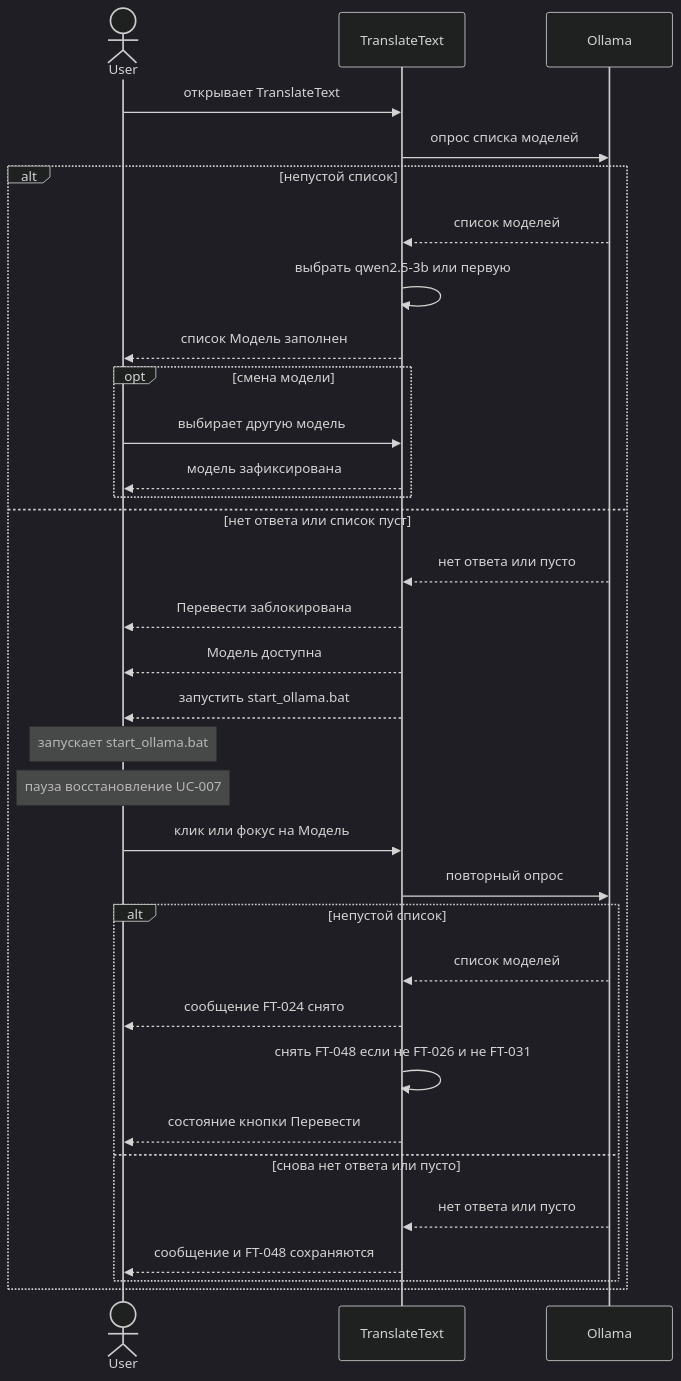
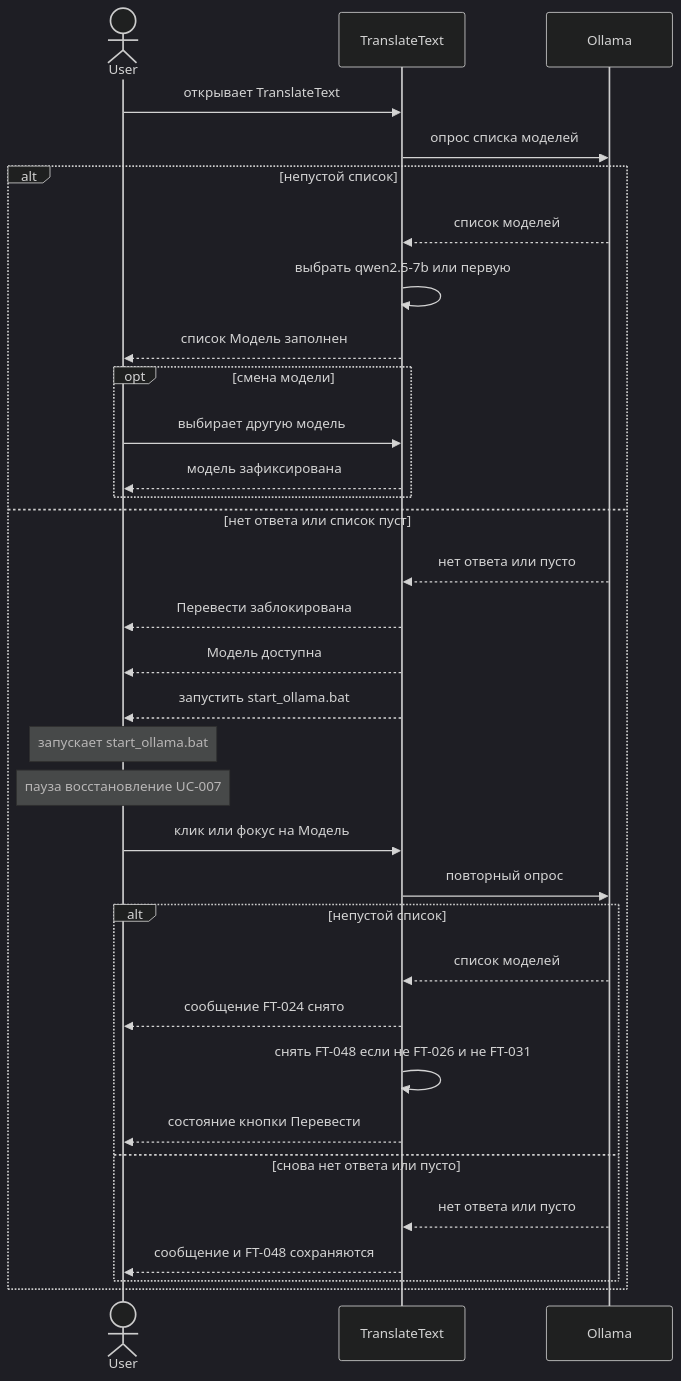
One commit to ILikeWorkingIT/TranslateText changed the diagram in diagrams/diagram-mermaid-002.md. Above: the diagram before and after it, drawn with Mermaid (dark theme). The commit also changed other lines of this file and 35 other files, not shown here.

````diff
--- a/diagrams/diagram-mermaid-002.md
+++ b/diagrams/diagram-mermaid-002.md
@@ -74,36 +74,36 @@
 ```mermaid
 sequenceDiagram
   actor User
   participant TT as TranslateText
   participant Ol as Ollama
 
   User->>TT: открывает TranslateText
   TT->>Ol: опрос списка моделей
   alt непустой список
     Ol-->>TT: список моделей
-    TT->>TT: выбрать qwen2.5-3b или первую
+    TT->>TT: выбрать qwen2.5-7b или первую
     TT-->>User: список Модель заполнен
     opt смена модели
       User->>TT: выбирает другую модель
       TT-->>User: модель зафиксирована
     end
   else нет ответа или список пуст
     Ol-->>TT: нет ответа или пусто
     TT-->>User: Перевести заблокирована
     TT-->>User: Модель доступна
     TT-->>User: запустить start_ollama.bat
     Note over User: запускает start_ollama.bat
     Note over User: пауза восстановление UC-007
     User->>TT: клик или фокус на Модель
     TT->>Ol: повторный опрос
     alt непустой список
       Ol-->>TT: список моделей
       TT-->>User: сообщение FT-024 снято
       TT->>TT: снять FT-048 если не FT-026 и не FT-031
       TT-->>User: состояние кнопки Перевести
     else снова нет ответа или пусто
       Ol-->>TT: нет ответа или пусто
       TT-->>User: сообщение и FT-048 сохраняются
     end
   end
 ```
````
